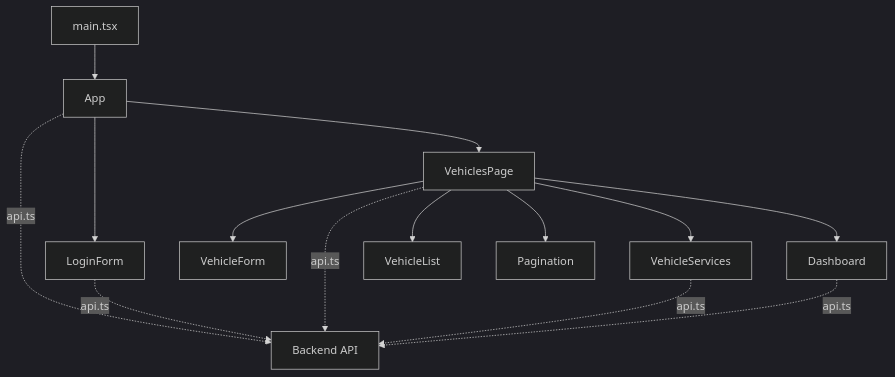
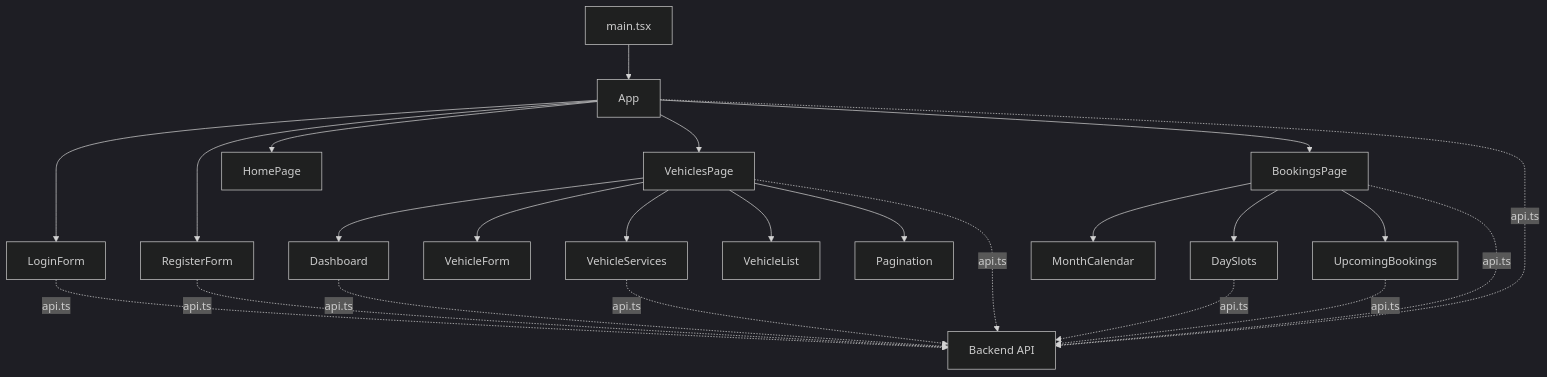
The diagram in frontend/README.md (Matus1232/car-fleet-), drawn with Mermaid (dark theme) before and after one commit. The commit also changed other lines of this file and 34 other files, not shown here.

````diff
--- a/frontend/README.md
+++ b/frontend/README.md
@@ -30,16 +38,26 @@
 ```mermaid
 flowchart TD
     main["main.tsx"] --> App
     App --> LoginForm
+    App --> RegisterForm
+    App --> HomePage
     App --> VehiclesPage
+    App --> BookingsPage
     VehiclesPage --> Dashboard
     VehiclesPage --> VehicleForm
     VehiclesPage --> VehicleServices
     VehiclesPage --> VehicleList
     VehiclesPage --> Pagination
+    BookingsPage --> MonthCalendar
+    BookingsPage --> DaySlots
+    BookingsPage --> UpcomingBookings
     App -. "api.ts" .-> API["Backend API"]
     LoginForm -. "api.ts" .-> API
+    RegisterForm -. "api.ts" .-> API
     VehiclesPage -. "api.ts" .-> API
     VehicleServices -. "api.ts" .-> API
     Dashboard -. "api.ts" .-> API
+    BookingsPage -. "api.ts" .-> API
+    DaySlots -. "api.ts" .-> API
+    UpcomingBookings -. "api.ts" .-> API
 ```
````
